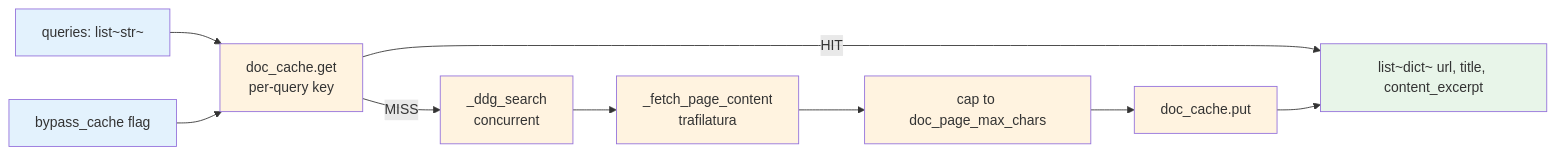
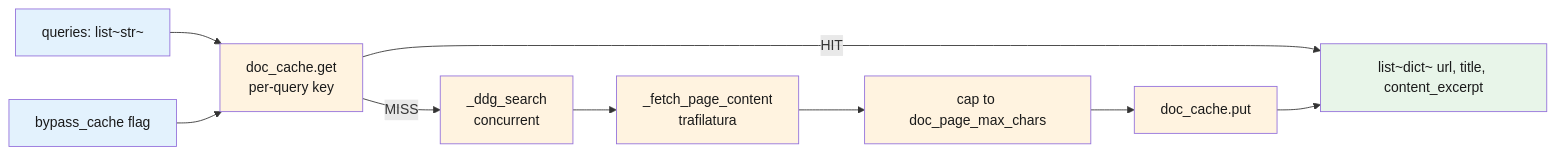
One commit to Dockdep/LessonHub changed the second of 4 diagrams in diagrams/ai/05-tools.md. Above: the diagram before and after it, drawn with Mermaid. The commit also changed other lines of this file and 26 other files, not shown here.

````diff
--- a/diagrams/ai/05-tools.md
+++ b/diagrams/ai/05-tools.md
@@ -46,20 +46,20 @@
 ```mermaid
 flowchart LR
-  classDef in fill:#e3f2fd
-  classDef step fill:#fff3e0
-  classDef out fill:#e8f5e9
+  classDef in fill:#e3f2fd,color:#1a1a1a
+  classDef step fill:#fff3e0,color:#1a1a1a
+  classDef out fill:#e8f5e9,color:#1a1a1a
 
   in_q[queries: list~str~]:::in
   bypass[bypass_cache flag]:::in
   cache[doc_cache.get<br/>per-query key]:::step
   ddg[_ddg_search<br/>concurrent]:::step
   fetch[_fetch_page_content<br/>trafilatura]:::step
   cap[cap to doc_page_max_chars]:::step
   store[doc_cache.put]:::step
   out_r[list~dict~ url, title, content_excerpt]:::out
 
   in_q --> cache
   bypass --> cache
   cache -- HIT --> out_r
   cache -- MISS --> ddg --> fetch --> cap --> store --> out_r
 ```
````
